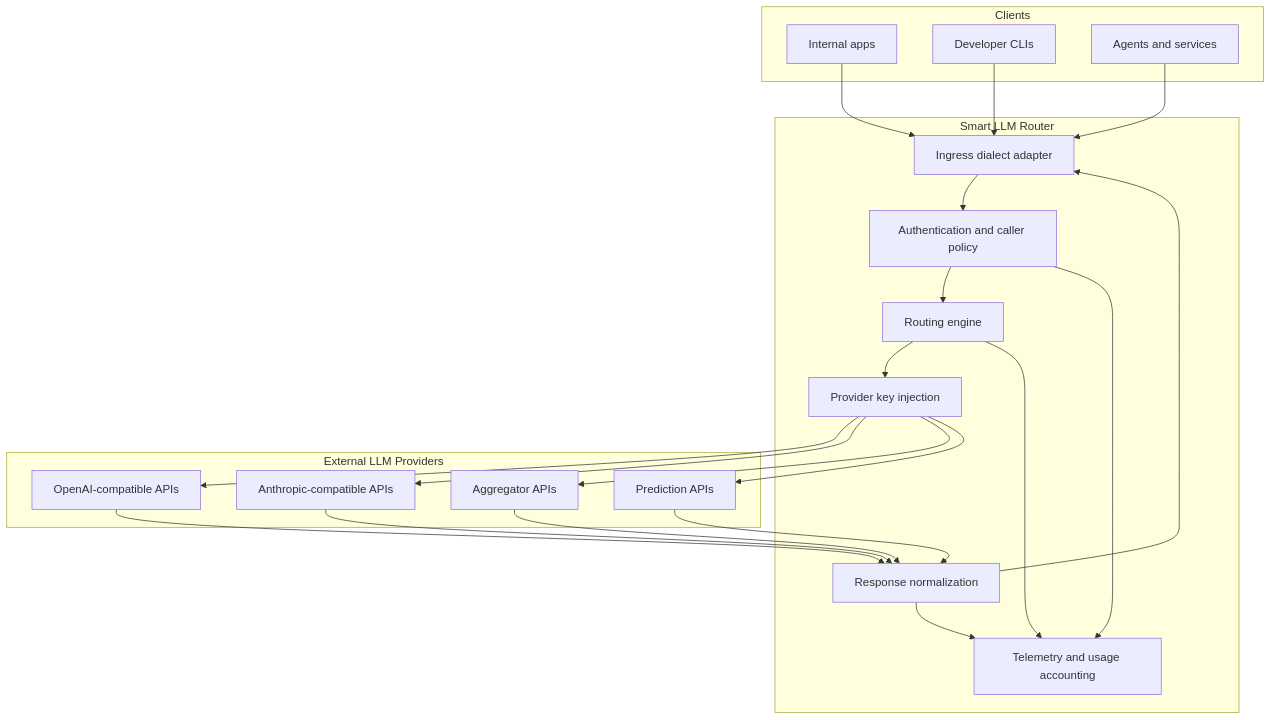
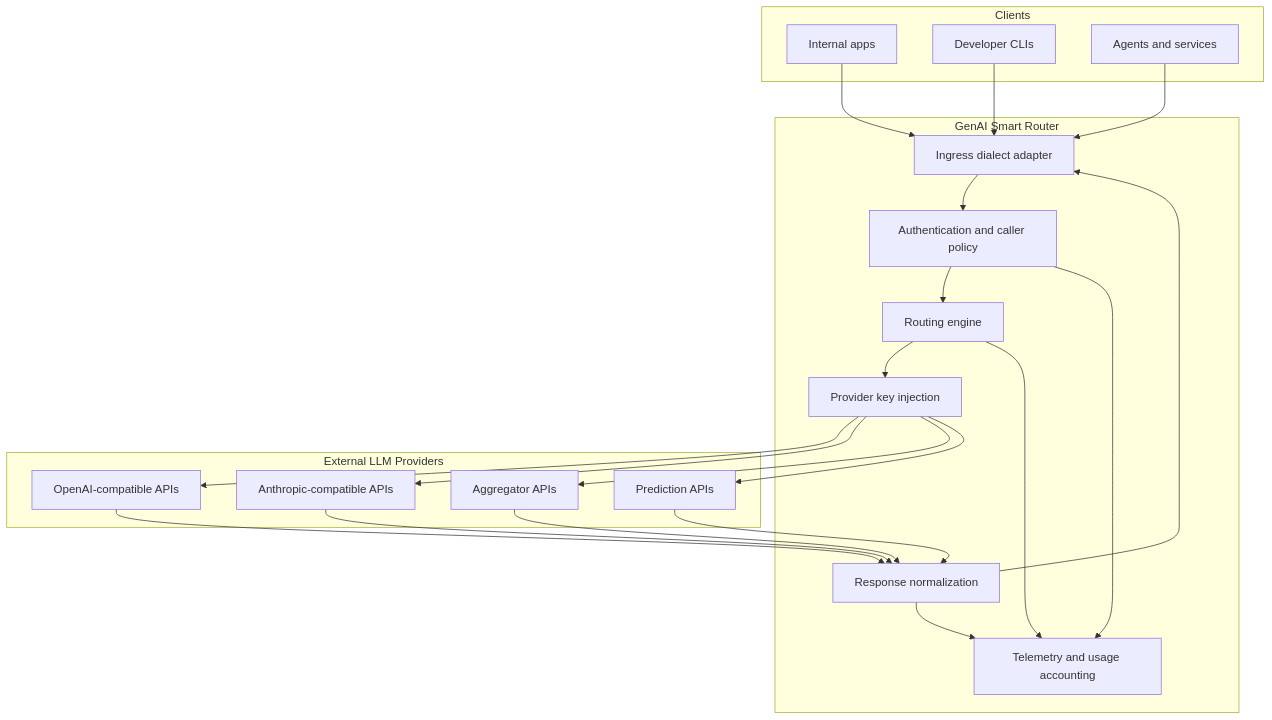
One commit to Metrum-AI-Products/genai-smart-router changed the second of 7 diagrams in docs/solution-brief.md. Above: the diagram before and after it, drawn with Mermaid. The commit also changed other lines of this file and 395 other files, not shown here.

````diff
--- a/docs/solution-brief.md
+++ b/docs/solution-brief.md
@@ -77,41 +77,41 @@
 ```mermaid
 flowchart TB
   subgraph Clients
     C1[Internal apps]
     C2[Developer CLIs]
     C3[Agents and services]
   end
 
-  subgraph Router[Smart LLM Router]
+  subgraph Router[GenAI Smart Router]
     I[Ingress dialect adapter]
     A[Authentication and caller policy]
     R[Routing engine]
     K[Provider key injection]
     O[Response normalization]
     T[Telemetry and usage accounting]
   end
 
   subgraph Providers[External LLM Providers]
     OA[OpenAI-compatible APIs]
     AN[Anthropic-compatible APIs]
     OR[Aggregator APIs]
     RP[Prediction APIs]
   end
 
   C1 --> I
   C2 --> I
   C3 --> I
   I --> A --> R --> K
   K --> OA
   K --> AN
   K --> OR
   K --> RP
   OA --> O
   AN --> O
   OR --> O
   RP --> O
   O --> I
   A --> T
   R --> T
   O --> T
 ```
````
